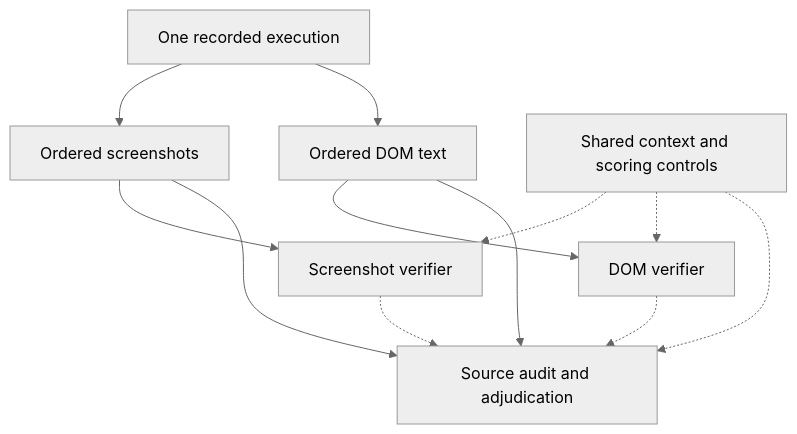
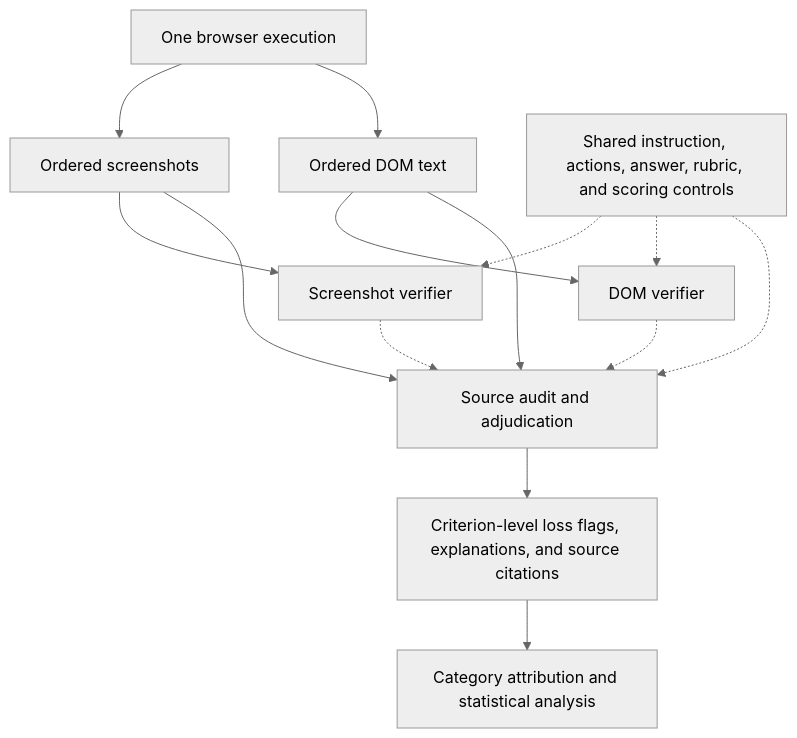
Before and after one commit to wootzapp/w8-domdiff-bench: the diagram in README.md, drawn with Mermaid (neutral theme). The commit also changed other lines of this file and 1 other file, not shown here.

````diff
--- a/README.md
+++ b/README.md
@@ -134,14 +100,16 @@
 ```mermaid
 flowchart TD
-    T["One recorded execution"] --> S["Ordered screenshots"]
+    T["One browser execution"] --> S["Ordered screenshots"]
     T --> D["Ordered DOM text"]
     S --> SV["Screenshot verifier"]
     D --> DV["DOM verifier"]
-    H["Shared context and scoring controls"] -.-> SV
+    H["Shared instruction, actions, answer, rubric, and scoring controls"] -.-> SV
     H -.-> DV
     H -.-> A["Source audit and adjudication"]
     S --> A
     D --> A
     SV -.-> A
     DV -.-> A
+    A --> F["Criterion-level loss flags, explanations, and source citations"]
+    F --> C["Category attribution and statistical analysis"]
 ```
````
